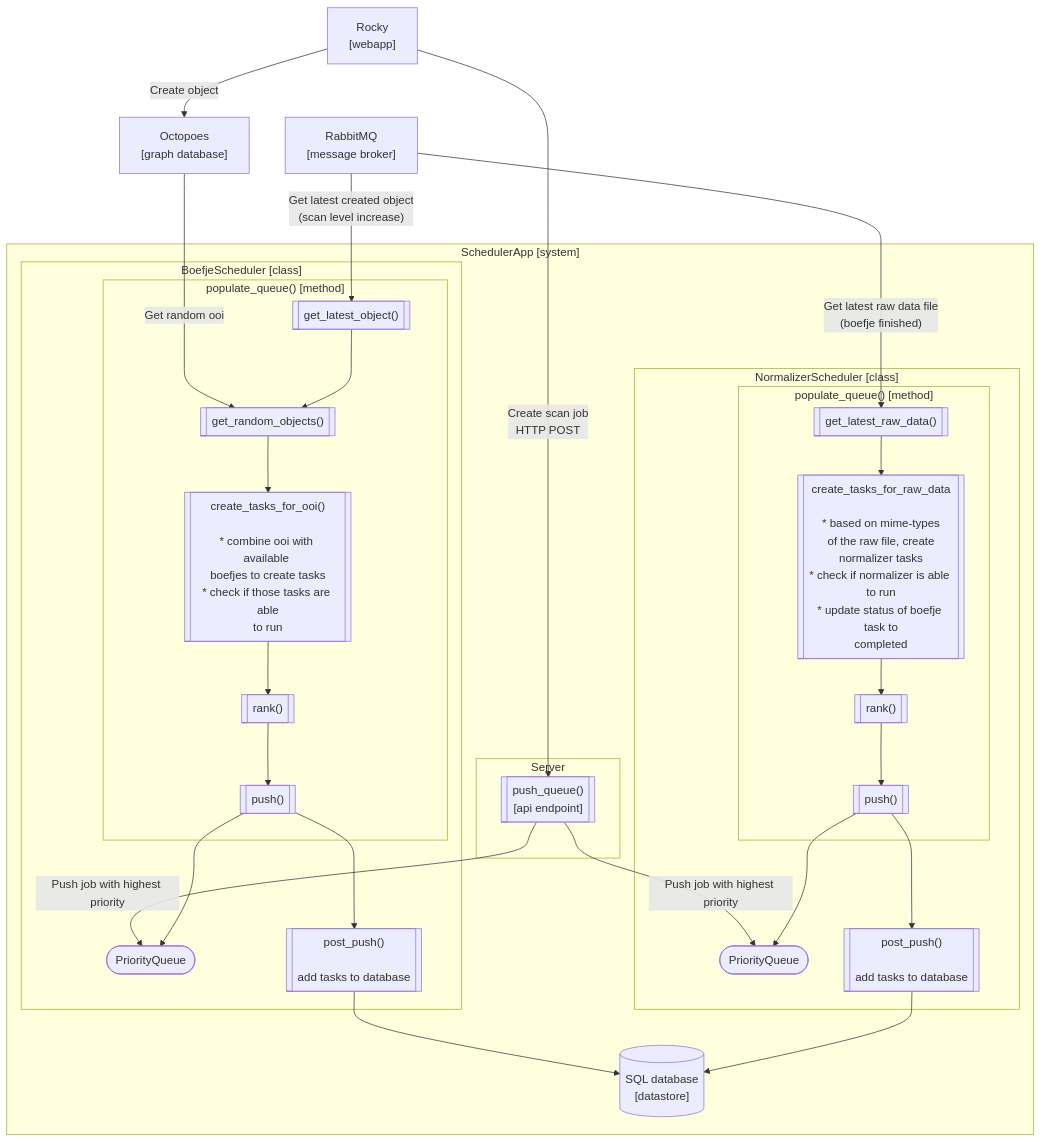
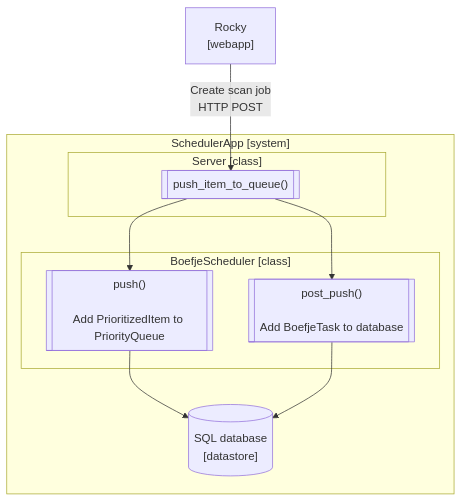
One commit to minvws/nl-kat-coordination changed the third of 4 diagrams in mula/docs/design.md. Above: the diagram before and after it, drawn with Mermaid. The commit also changed other lines of this file, not shown here.

````diff
--- a/mula/docs/design.md
+++ b/mula/docs/design.md
@@ -87,76 +258,28 @@
-```mermaid
-flowchart TB
+   ```mermaid
+   flowchart TB
 
-    %% External services
     Rocky["Rocky<br/>[webapp]"]
-    Octopoes["Octopoes<br/>[graph database]"]
-    %% Katalogus["Katalogus<br/>[software system]"]
-    %% Boefjes["Boefjes<br/>[software system]"]
-    %% Normalizers["Normalizers<br/>[software system]"]
-    %% Bytes["Bytes<br/>[software system]"]
-    RabbitMQ["RabbitMQ<br/>[message broker]"]
 
-    %% Rocky flow
-    Rocky--"Create object"-->Octopoes
-    Rocky--"Create scan job<br/>HTTP POST"--->push_queue
-    push_queue--"Push job with highest priority"-->BoefjePriorityQueue
-    push_queue--"Push job with highest priority"-->NormalizerPriorityQueue
+    Rocky--"Create scan job<br/>HTTP POST"-->push_item_to_queue
 
-    %% External services flow
-    %% Bytes--"Check last run of boefje and ooi<br/>HTTP GET"-->create_tasks_for_ooi
-    %% Katalogus--"Get available boefjes<br/>HTTP GET"--->create_tasks_for_ooi
-    %% Katalogus--"Get available normalizers<br/>HTTP GET"-->create_tasks_for_raw_data
-    Octopoes--"Get random ooi"--->get_random_objects
-    RabbitMQ--"Get latest created object<br/>(scan level increase)"-->get_latest_object
-    RabbitMQ--"Get latest raw data file<br/>(boefje finished)"-->get_latest_raw_data
-
-    %% Boefje flow
-    get_latest_object-->get_random_objects-->create_tasks_for_ooi-->rank_boefje-->push_boefje
-    push_boefje-->post_push_boefje
-    push_boefje--> BoefjePriorityQueue
-    post_push_boefje-->Datastore
-
-    %% Normalizer flow
-    get_latest_raw_data-->create_tasks_for_raw_data-->rank_normalizer-->push_normalizer
-    push_normalizer-->post_push_normalizer
-    push_normalizer-->NormalizerPriorityQueue
-    post_push_normalizer-->Datastore
+    push_item_to_queue-->post_push
+    push_item_to_queue-->push
+    push-->Datastore
+    post_push-->Datastore
 
     subgraph Scheduler["SchedulerApp [system]"]
 
-        subgraph BoefjeScheduler["BoefjeScheduler [class]"]
-            subgraph BoefjePopulateQueue["populate_queue() [method]"]
-                get_latest_object[["get_latest_object()"]]
-                get_random_objects[["get_random_objects()"]]
-                create_tasks_for_ooi[["create_tasks_for_ooi()<br/><br/>* combine ooi with available <br/>boefjes to create tasks<br/>* check if those tasks are able<br/>to run"]]
-                rank_boefje[["rank()"]]
-                push_boefje[["push()"]]
-            end
+        subgraph Server["Server [class]"]
+            push_item_to_queue[["push_item_to_queue()"]]
 
-            post_push_boefje[["post_push()<br/><br/>add tasks to database"]]
-
-            BoefjePriorityQueue(["PriorityQueue"])
-            BoefjePriorityQueue
         end
 
-        subgraph NormalizerScheduler["NormalizerScheduler [class]"]
-            subgraph NormalizerPopulateQueue["populate_queue() [method]"]
-                get_latest_raw_data[["get_latest_raw_data()"]]
-                create_tasks_for_raw_data[["create_tasks_for_raw_data<br/><br/>* based on mime-types<br/>of the raw file, create<br/>normalizer tasks<br/>* check if normalizer is able to run<br/>* update status of boefje task to<br/>completed"]]
-                rank_normalizer[["rank()"]]
-                push_normalizer[["push()"]]
-            end
-
-            post_push_normalizer[["post_push()<br/><br/>add tasks to database"]]
-
-            NormalizerPriorityQueue(["PriorityQueue"])
-        end
-
-        subgraph Server
-            push_queue[["push_queue()<br/>[api endpoint]"]]
+        subgraph BoefjeScheduler["BoefjeScheduler [class]"]
+            push[["push()<br/><br/>Add PrioritizedItem to PriorityQueue"]]
+            post_push[["post_push()<br/><br/>Add BoefjeTask to database"]]
         end
 
         Datastore[("SQL database<br/>[datastore]<br/>")]
 
     end
-```
+   ```
````
